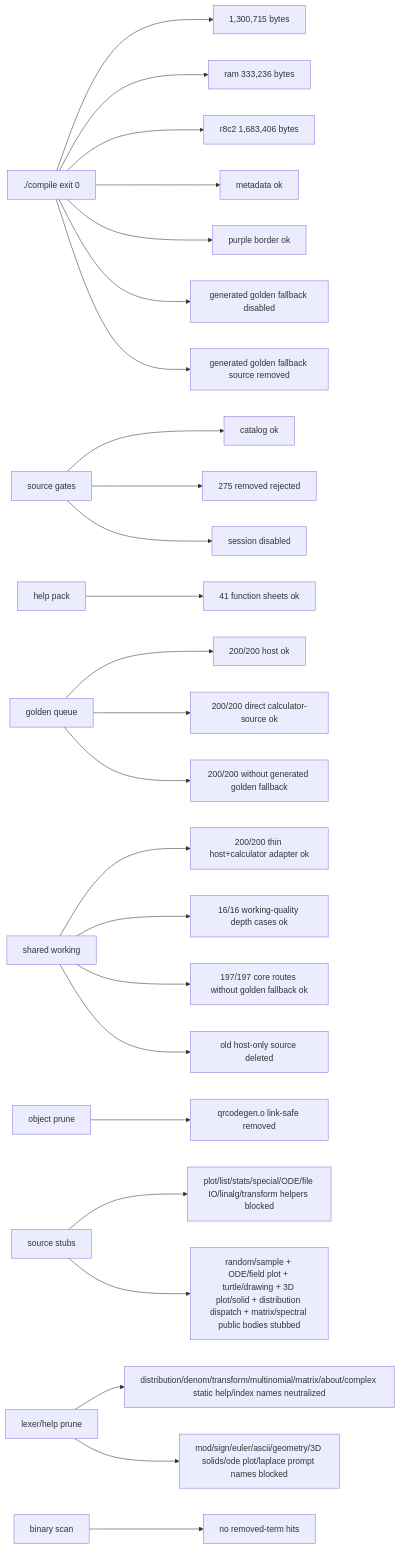
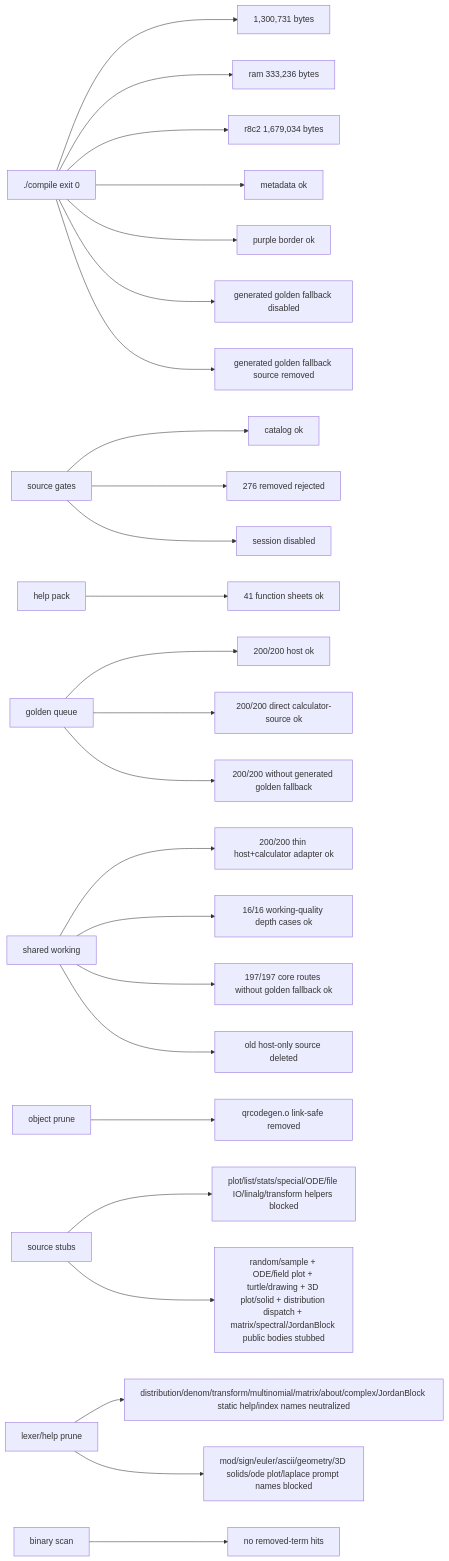
The seventh of 7 diagrams in docs/GRAPH.md (james8464/notes-addin-casio-fx-cg50), drawn with Mermaid before and after one commit. The commit also changed other lines of this file and 12 other files, not shown here.

Commit message:
prune: remove Jordan-only matrix path

````diff
--- a/docs/GRAPH.md
+++ b/docs/GRAPH.md
@@ -170,27 +170,27 @@
 ```mermaid
 graph LR
-  Build["./compile exit 0"] --> Size["1,300,715 bytes"]
+  Build["./compile exit 0"] --> Size["1,300,731 bytes"]
   Build --> Ram["ram 333,236 bytes"]
-  Build --> R8C2["r8c2 1,683,406 bytes"]
+  Build --> R8C2["r8c2 1,679,034 bytes"]
   Build --> Meta["metadata ok"]
   Build --> Border["purple border ok"]
   Build --> NoRuntimeFallback["generated golden fallback disabled"]
   Build --> NoRuntimeSource["generated golden fallback source removed"]
   Source["source gates"] --> Catalog["catalog ok"]
-  Source --> Removed["275 removed rejected"]
+  Source --> Removed["276 removed rejected"]
   Source --> Session["session disabled"]
   Help["help pack"] --> HelpQ["41 function sheets ok"]
   Queue["golden queue"] --> QueueRun["200/200 host ok"]
   Queue --> GoldenRun["200/200 direct calculator-source ok"]
   Queue --> NoGolden["200/200 without generated golden fallback"]
   Shared["shared working"] --> SharedRun["200/200 thin host+calculator adapter ok"]
   Shared --> WorkQ["16/16 working-quality depth cases ok"]
   Shared --> CoreRun["197/197 core routes without golden fallback ok"]
   Shared --> NoHostSrc["old host-only source deleted"]
   Obj["object prune"] --> QR["qrcodegen.o link-safe removed"]
   Macro["source stubs"] --> Stubbed["plot/list/stats/special/ODE/file IO/linalg/transform helpers blocked"]
-  Macro --> RuntimeStubbed["random/sample + ODE/field plot + turtle/drawing + 3D plot/solid + distribution dispatch + matrix/spectral public bodies stubbed"]
-  Static["lexer/help prune"] --> StaticRun["distribution/denom/transform/multinomial/matrix/about/complex static help/index names neutralized"]
+  Macro --> RuntimeStubbed["random/sample + ODE/field plot + turtle/drawing + 3D plot/solid + distribution dispatch + matrix/spectral/JordanBlock public bodies stubbed"]
+  Static["lexer/help prune"] --> StaticRun["distribution/denom/transform/multinomial/matrix/about/complex/JordanBlock static help/index names neutralized"]
   Static --> PromptRun["mod/sign/euler/ascii/geometry/3D solids/ode plot/laplace prompt names blocked"]
   Bin["binary scan"] --> NoLeak["no removed-term hits"]
 ```
````
